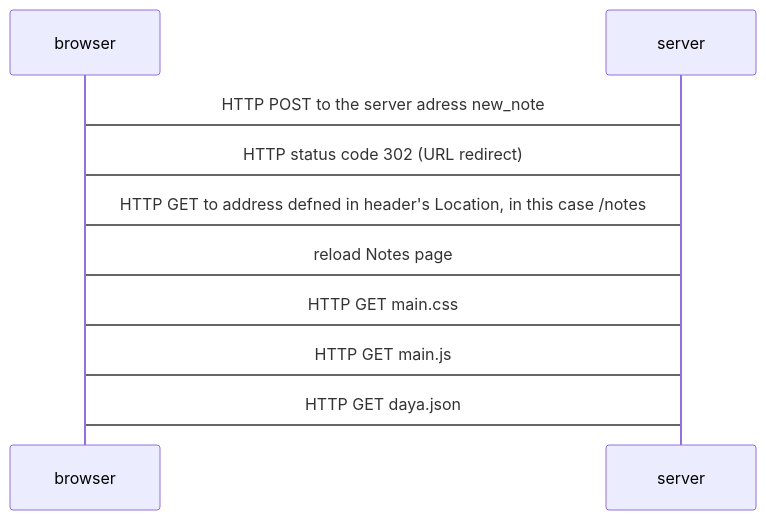
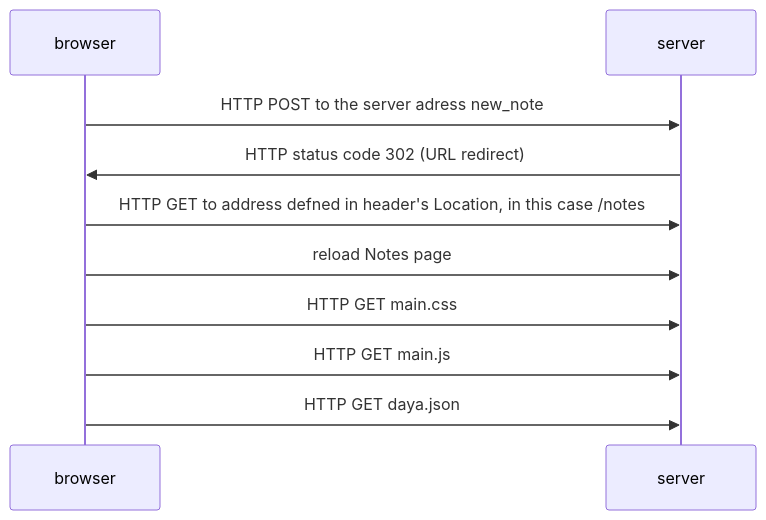
One commit to Tjkallio1/Fullstack-Mooc changed the diagram in newnote.md. Above: the diagram before and after it, drawn with Mermaid.

Commit message:
Pikkulisäykset

````diff
--- a/newnote.md
+++ b/newnote.md
@@ -4,13 +4,13 @@
 ```mermaid
 sequenceDiagram
     participant browser
     participant server
     
-    browser->server: HTTP POST to the server adress new_note
-    server->browser: HTTP status code 302 (URL redirect)
-    browser->server:HTTP GET to address defned in header's Location, in this case /notes
-    browser->server: reload Notes page
-    browser->server: HTTP GET main.css
-    browser->server: HTTP GET main.js
-    browser->server: HTTP GET daya.json
+    browser->>server: HTTP POST to the server adress new_note
+    server->>browser: HTTP status code 302 (URL redirect)
+    browser->>server:HTTP GET to address defned in header's Location, in this case /notes
+    browser->>server: reload Notes page
+    browser->>server: HTTP GET main.css
+    browser->>server: HTTP GET main.js
+    browser->>server: HTTP GET daya.json
 ```
````
